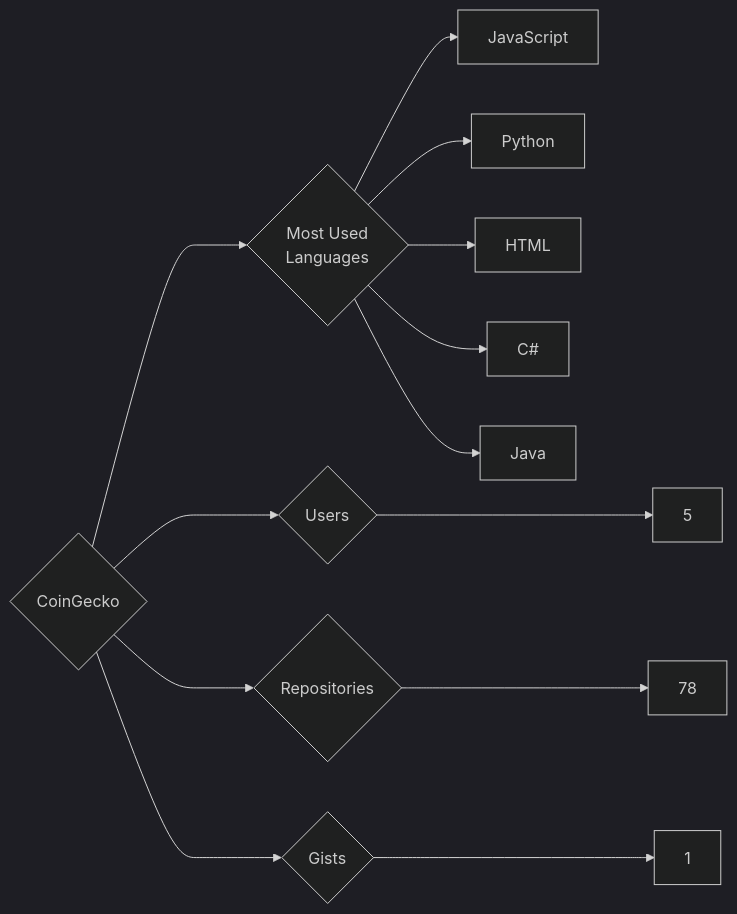
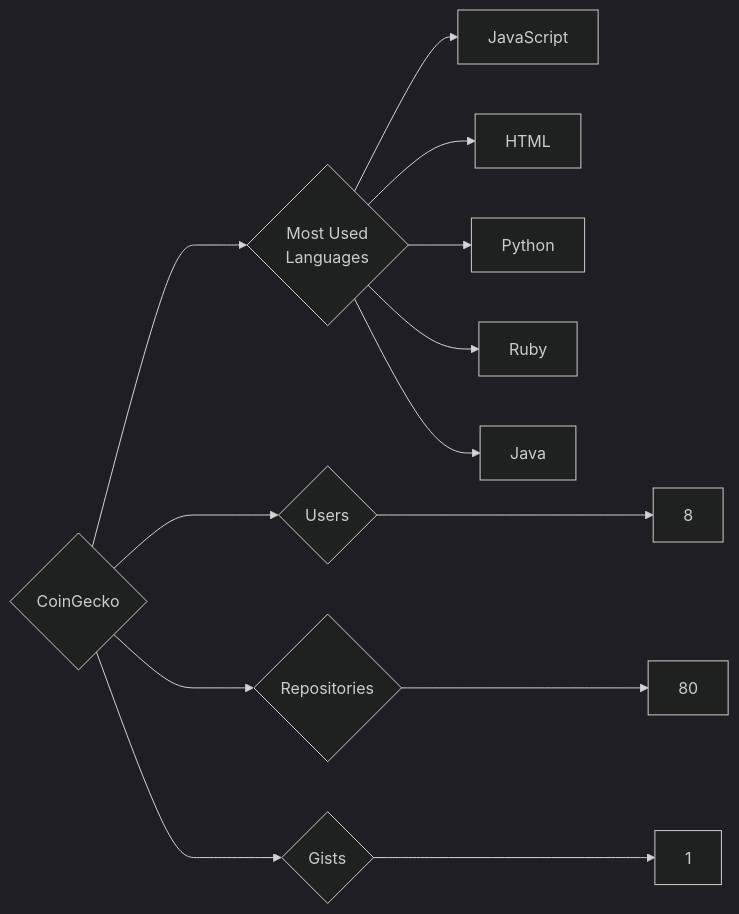
The diagram in targets/CoinGecko/README.md (trickest/insiders), drawn with Mermaid (dark theme) before and after one commit. The commit also changed 1036 other files, not shown here.

````diff
--- a/targets/CoinGecko/README.md
+++ b/targets/CoinGecko/README.md
@@ -3,13 +3,13 @@
 ```mermaid
 graph LR
 COMPANY_NAME{CoinGecko}
-COMPANY_NAME ---> U{Users} ---> UN[5]
-COMPANY_NAME ---> R{Repositories} ---> RN[78]
+COMPANY_NAME ---> U{Users} ---> UN[8]
+COMPANY_NAME ---> R{Repositories} ---> RN[80]
 COMPANY_NAME ---> G{Gists} ---> GN[1]
 COMPANY_NAME ---> ML{Most Used<br>Languages}
 ML --> JavaScript[JavaScript]
+ML --> HTML[HTML]
 ML --> Python[Python]
-ML --> HTML[HTML]
-ML --> C#[C#]
+ML --> Ruby[Ruby]
 ML --> Java[Java]
 ```
````
